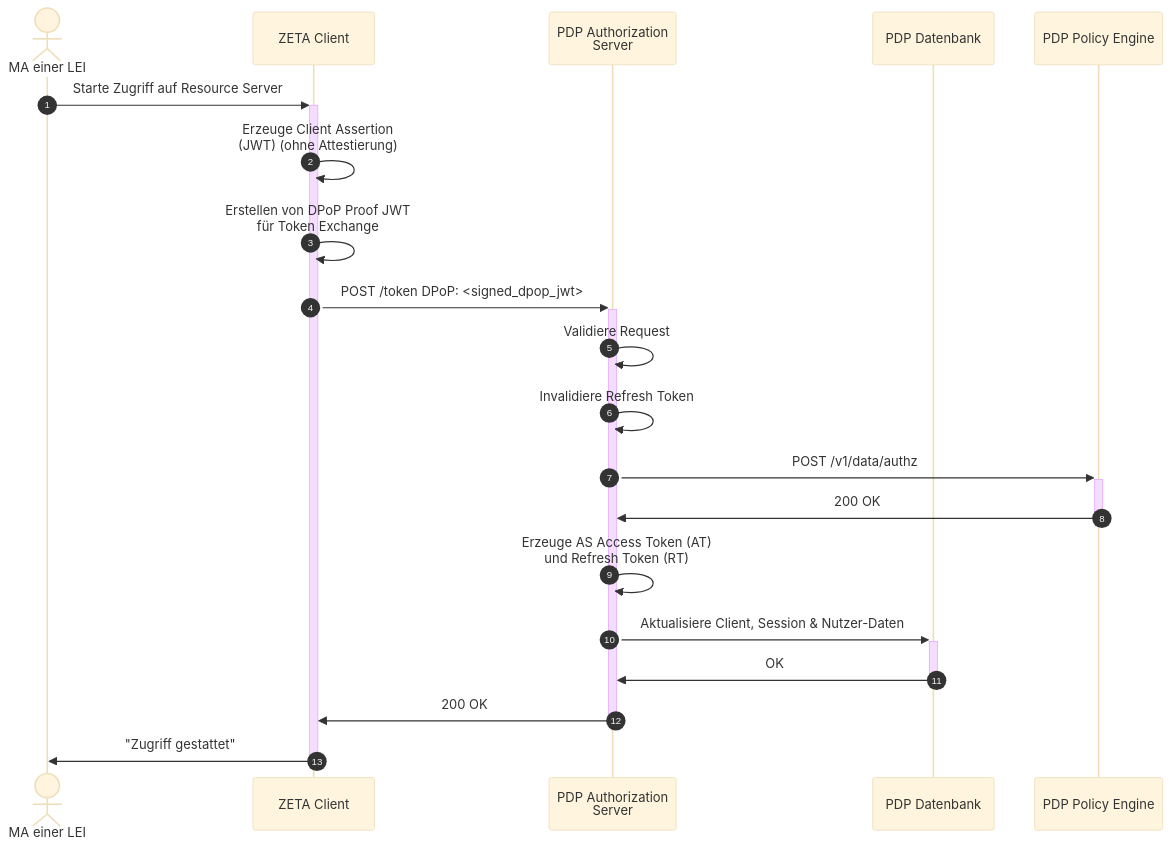
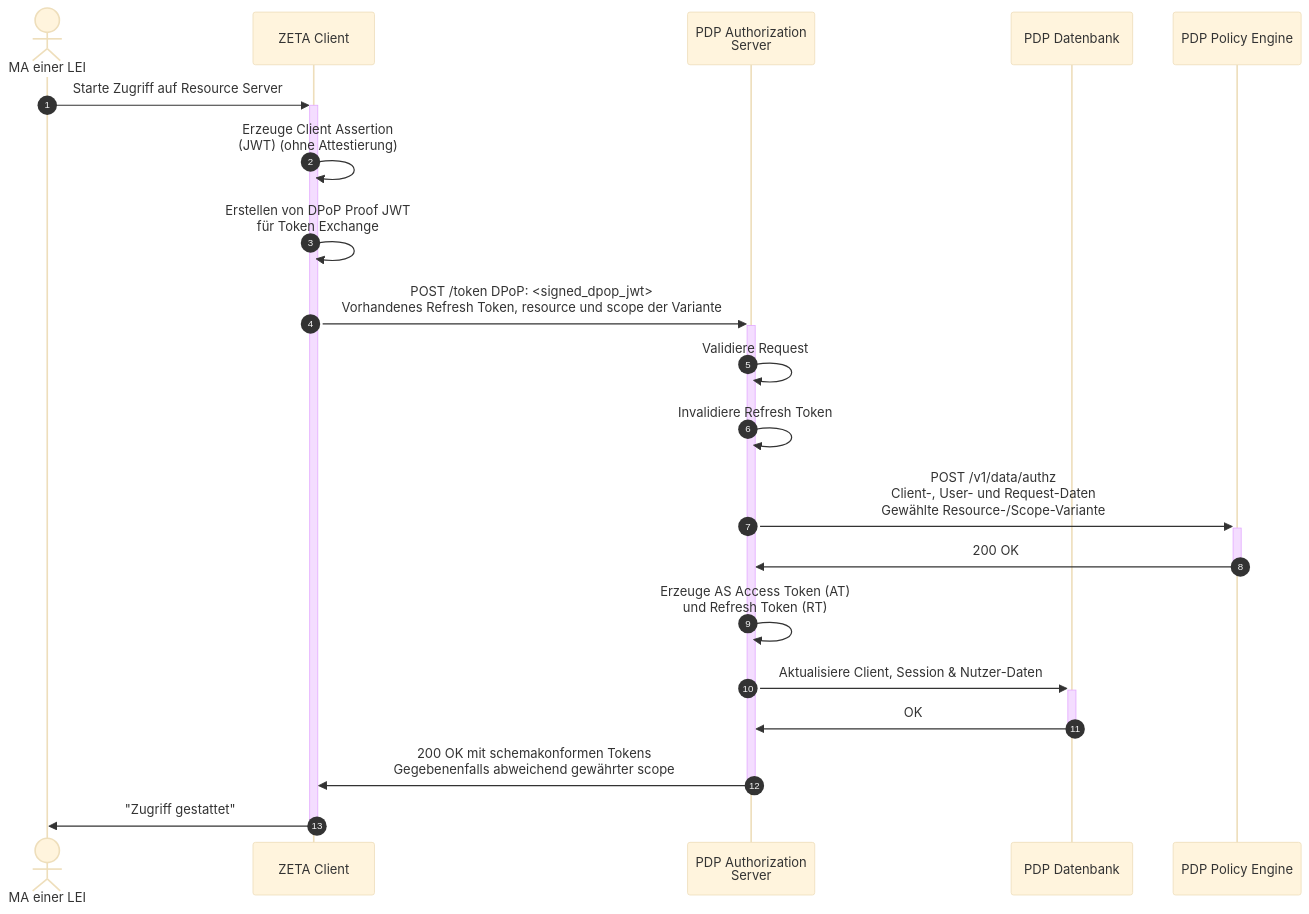
Before and after one commit to gematik/zeta-tiger-testsuite: the diagram in src/test/resources/features/UserStory_01/UseCase_11/readme.adoc, drawn with Mermaid (base theme). The commit also changed other lines of this file and 1706 other files, not shown here.

```diff
--- a/src/test/resources/features/UserStory_01/UseCase_11/readme.adoc
+++ b/src/test/resources/features/UserStory_01/UseCase_11/readme.adoc
@@ -142,32 +182,32 @@
 [mermaid,usecase-01-11-sequence,svg]
 ....
 sequenceDiagram
     autonumber
 
     actor MA as MA einer LEI
     participant ZC as ZETA Client
     participant PDP-AS as PDP Authorization<br>Server
     participant PDP-DB as PDP Datenbank
     participant PDP-PE as PDP Policy Engine
 
     MA->>+ZC: Starte Zugriff auf Resource Server
     ZC->>ZC: Erzeuge Client Assertion<br>(JWT) (ohne Attestierung)
 
     ZC->>ZC: Erstellen von DPoP Proof JWT<br>für Token Exchange
-    ZC->>+PDP-AS: POST /token DPoP: <signed_dpop_jwt>
+    ZC->>+PDP-AS: POST /token DPoP: <signed_dpop_jwt><br>Vorhandenes Refresh Token, resource und scope der Variante
 
     PDP-AS->>PDP-AS: Validiere Request
     PDP-AS->>PDP-AS: Invalidiere Refresh Token
 
-    PDP-AS->>+PDP-PE: POST /v1/data/authz
+    PDP-AS->>+PDP-PE: POST /v1/data/authz<br>Client-, User- und Request-Daten<br>Gewählte Resource-/Scope-Variante
     PDP-PE->>-PDP-AS: 200 OK
 
     PDP-AS->>PDP-AS: Erzeuge AS Access Token (AT)<br>und Refresh Token (RT)
 
     PDP-AS->>+PDP-DB: Aktualisiere Client, Session & Nutzer-Daten
     PDP-DB->>-PDP-AS: OK
 
-    PDP-AS->>-ZC: 200 OK
+    PDP-AS->>-ZC: 200 OK mit schemakonformen Tokens<br>Gegebenenfalls abweichend gewährter scope
 
     ZC->>-MA: "Zugriff gestattet"
 ....
```
